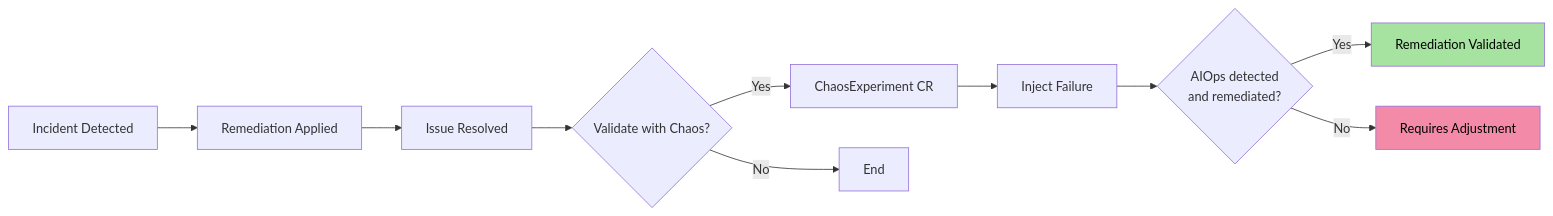
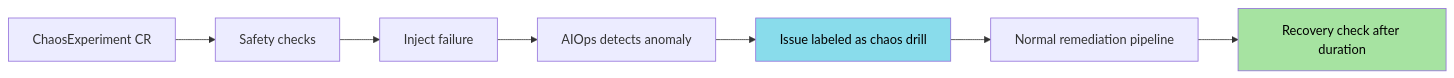
The first of 2 diagrams in features/aiops/chaos-engineering.mdx (diillson/chatcli.ai), drawn with Mermaid before and after one commit. The commit also changed other lines of this file and 126 other files, not shown here.

````diff
--- a/features/aiops/chaos-engineering.mdx
+++ b/features/aiops/chaos-engineering.mdx
@@ -20,15 +33,12 @@
 ```mermaid
 flowchart LR
-    A[Incident Detected] --> B[Remediation Applied]
-    B --> C[Issue Resolved]
-    C --> D{Validate with Chaos?}
-    D -->|Yes| E[ChaosExperiment CR]
-    E --> F[Inject Failure]
-    F --> G{AIOps detected<br/>and remediated?}
-    G -->|Yes| H[Remediation Validated]
-    G -->|No| I[Requires Adjustment]
-    D -->|No| J[End]
+    A[ChaosExperiment CR] --> B[Safety checks]
+    B --> C[Inject failure]
+    C --> D[AIOps detects anomaly]
+    D --> E[Issue labeled as chaos drill]
+    E --> F[Normal remediation pipeline]
+    F --> G[Recovery check after duration]
 
-    style H fill:#a6e3a1,color:#000
-    style I fill:#f38ba8,color:#000
+    style E fill:#89dceb,color:#000
+    style G fill:#a6e3a1,color:#000
 ```
````
